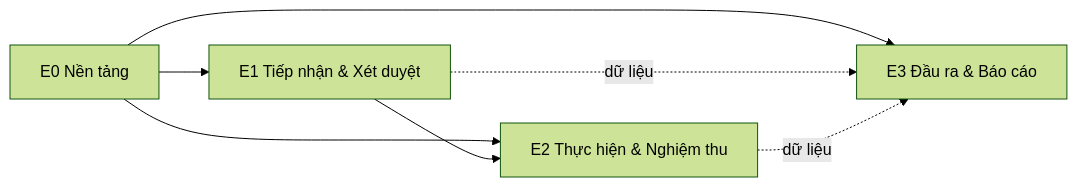
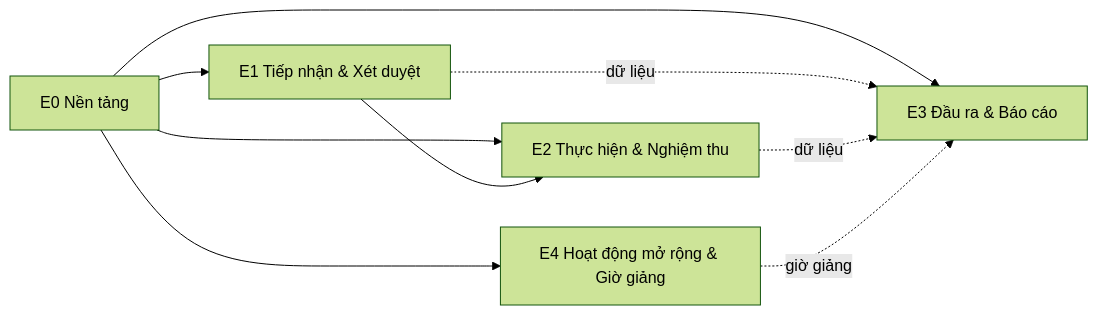
Before and after one commit to PTZero2026/rms-docs: the diagram in docs/epics/README.md, drawn with Mermaid (forest theme). The commit also changed other lines of this file and 19 other files, not shown here.

````diff
--- a/docs/epics/README.md
+++ b/docs/epics/README.md
@@ -53,9 +63,11 @@
 ```mermaid
 flowchart LR
   E0[E0 Nền tảng] --> E1[E1 Tiếp nhận & Xét duyệt]
   E0 --> E2[E2 Thực hiện & Nghiệm thu]
   E0 --> E3[E3 Đầu ra & Báo cáo]
   E1 --> E2
   E1 -. dữ liệu .-> E3
   E2 -. dữ liệu .-> E3
+  E0 --> E4[E4 Hoạt động mở rộng & Giờ giảng]
+  E4 -. giờ giảng .-> E3
 ```
````
